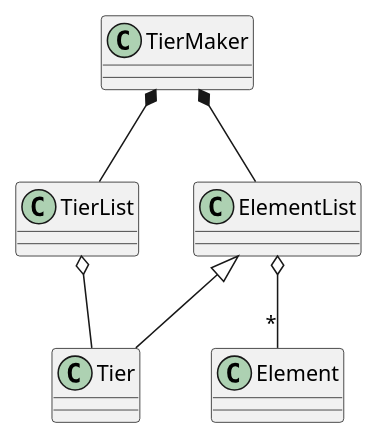
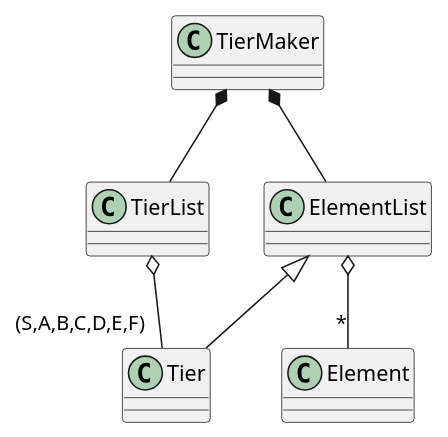
One commit to marcos-velasquez/tier-maker changed the diagram in docs/DomainModel/index.plantuml. Above: the diagram before and after it, drawn with PlantUML. The commit also changed 1 other file, not shown here.

```diff
--- a/docs/DomainModel/index.plantuml
+++ b/docs/DomainModel/index.plantuml
@@ -1,17 +1,17 @@
 @startuml DomainModel
 
 class TierMaker {}
 class TierList {}
 class Tier {}
 class Element {}
 class ElementList {}
 
 TierMaker *-- TierList 
 TierMaker *-- ElementList 
 
-TierList o-- Tier 
+TierList o-- "(S,A,B,C,D,E,F)" Tier 
 ElementList o-- "*" Element
 
 ElementList <|-- Tier
 
 @enduml
```
